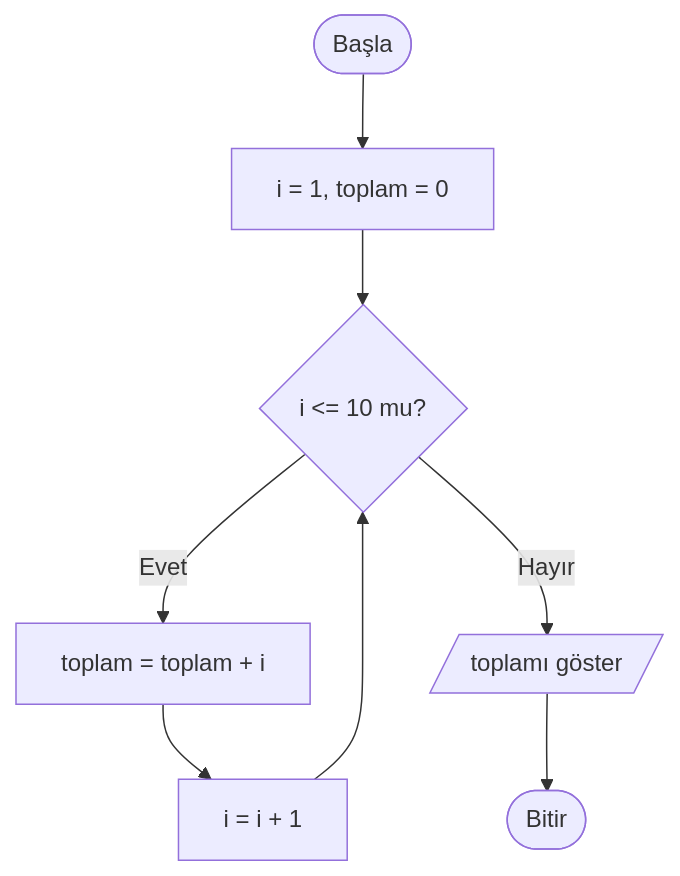
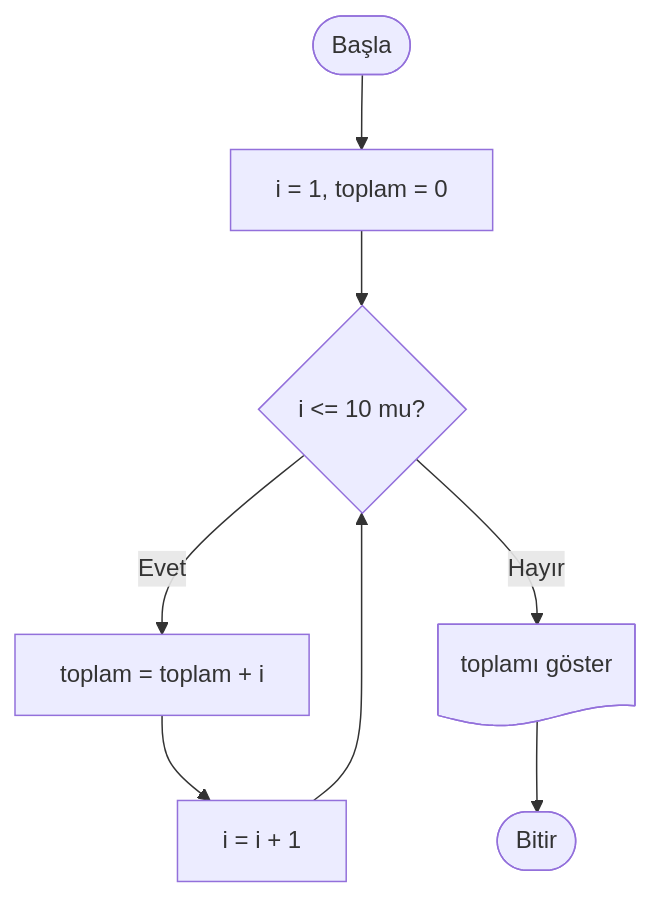
Before and after one commit to ibrahimayaz/Algoritma-ve-Programlamaya-Giris: the tenth of 10 diagrams in Hafta_04_Akis_Diyagramlari_1.md, drawn with Mermaid. The commit also changed other lines of this file, not shown here.

````diff
--- a/Hafta_04_Akis_Diyagramlari_1.md
+++ b/Hafta_04_Akis_Diyagramlari_1.md
@@ -218,10 +219,10 @@
 ```mermaid
 graph TD
     A([Başla]) --> B[i = 1, toplam = 0]
     B --> C{i <= 10 mu?}
     C -- Evet --> D[toplam = toplam + i]
     D --> E[i = i + 1]
     E --> C
-    C -- Hayır --> F[/toplamı göster/]
+    C -- Hayır --> F@{ shape: doc, label: "toplamı göster" }
     F --> G([Bitir])
 ```
````
